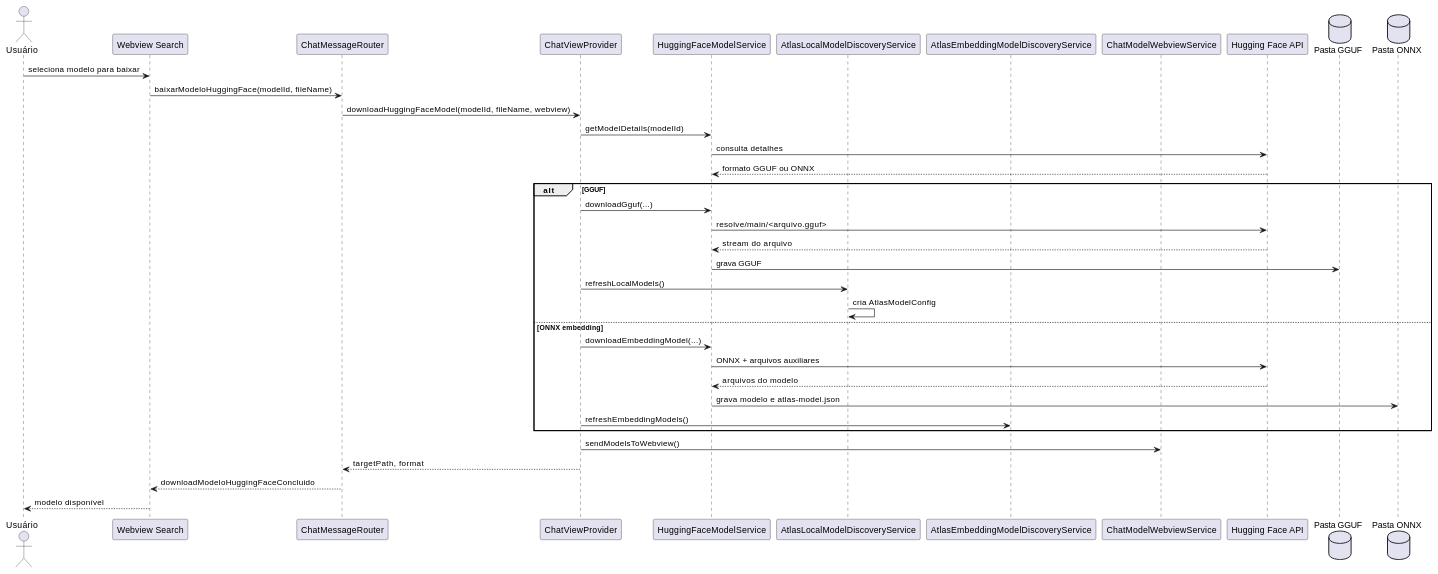
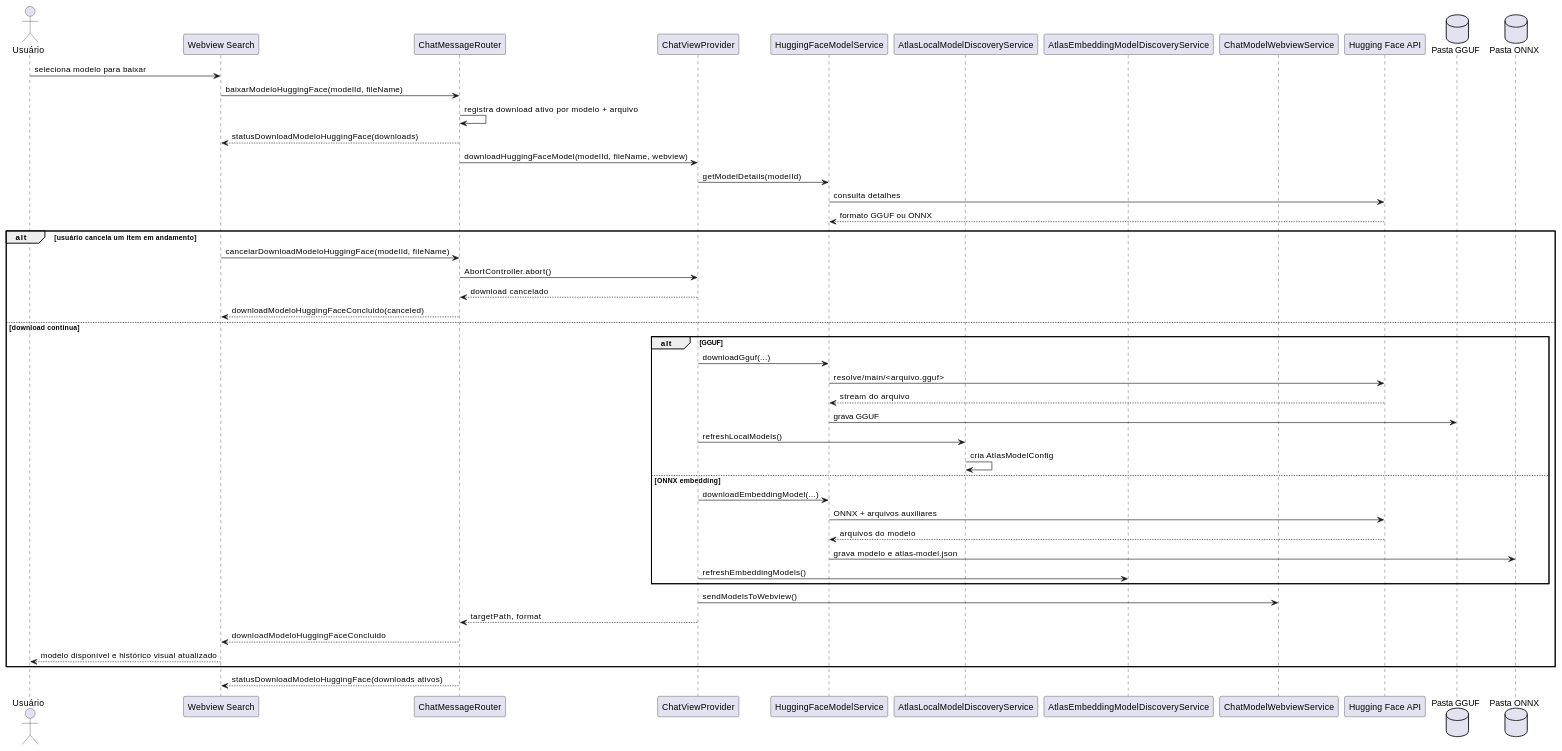
Before and after one commit to JVictorVI/ATLAS: diagram 34 of 41 in docs/plantuml-diagramas-por-caso-de-uso-atlas.md, drawn with PlantUML. The commit also changed other lines of this file and 34 other files, not shown here.

````diff
--- a/docs/plantuml-diagramas-por-caso-de-uso-atlas.md
+++ b/docs/plantuml-diagramas-por-caso-de-uso-atlas.md
@@ -1269,41 +1312,51 @@
 ```plantuml
 @startuml
 skinparam shadowing false
 actor Usuário
 participant "Webview Search" as UI
 participant ChatMessageRouter as Router
 participant ChatViewProvider as Provider
 participant HuggingFaceModelService as HF
 participant AtlasLocalModelDiscoveryService as LocalDiscovery
 participant AtlasEmbeddingModelDiscoveryService as EmbeddingDiscovery
 participant ChatModelWebviewService as ModelWebview
 participant "Hugging Face API" as RepoAPI
 database "Pasta GGUF" as ModelDir
 database "Pasta ONNX" as EmbeddingDir
 
 Usuário -> UI : seleciona modelo para baixar
 UI -> Router : baixarModeloHuggingFace(modelId, fileName)
+Router -> Router : registra download ativo por modelo + arquivo
+Router --> UI : statusDownloadModeloHuggingFace(downloads)
 Router -> Provider : downloadHuggingFaceModel(modelId, fileName, webview)
 Provider -> HF : getModelDetails(modelId)
 HF -> RepoAPI : consulta detalhes
 RepoAPI --> HF : formato GGUF ou ONNX
-alt GGUF
-  Provider -> HF : downloadGguf(...)
-  HF -> RepoAPI : resolve/main/<arquivo.gguf>
-  RepoAPI --> HF : stream do arquivo
-  HF -> ModelDir : grava GGUF
-  Provider -> LocalDiscovery : refreshLocalModels()
-  LocalDiscovery -> LocalDiscovery : cria AtlasModelConfig
-else ONNX embedding
-  Provider -> HF : downloadEmbeddingModel(...)
-  HF -> RepoAPI : ONNX + arquivos auxiliares
-  RepoAPI --> HF : arquivos do modelo
-  HF -> EmbeddingDir : grava modelo e atlas-model.json
-  Provider -> EmbeddingDiscovery : refreshEmbeddingModels()
+alt usuário cancela um item em andamento
+  UI -> Router : cancelarDownloadModeloHuggingFace(modelId, fileName)
+  Router -> Provider : AbortController.abort()
+  Provider --> Router : download cancelado
+  Router --> UI : downloadModeloHuggingFaceConcluido(canceled)
+else download continua
+  alt GGUF
+    Provider -> HF : downloadGguf(...)
+    HF -> RepoAPI : resolve/main/<arquivo.gguf>
+    RepoAPI --> HF : stream do arquivo
+    HF -> ModelDir : grava GGUF
+    Provider -> LocalDiscovery : refreshLocalModels()
+    LocalDiscovery -> LocalDiscovery : cria AtlasModelConfig
+  else ONNX embedding
+    Provider -> HF : downloadEmbeddingModel(...)
+    HF -> RepoAPI : ONNX + arquivos auxiliares
+    RepoAPI --> HF : arquivos do modelo
+    HF -> EmbeddingDir : grava modelo e atlas-model.json
+    Provider -> EmbeddingDiscovery : refreshEmbeddingModels()
+  end
+  Provider -> ModelWebview : sendModelsToWebview()
+  Provider --> Router : targetPath, format
+  Router --> UI : downloadModeloHuggingFaceConcluido
+  UI --> Usuário : modelo disponível e histórico visual atualizado
 end
-Provider -> ModelWebview : sendModelsToWebview()
-Provider --> Router : targetPath, format
-Router --> UI : downloadModeloHuggingFaceConcluido
-UI --> Usuário : modelo disponível
+Router --> UI : statusDownloadModeloHuggingFace(downloads ativos)
 @enduml
 ```
````
